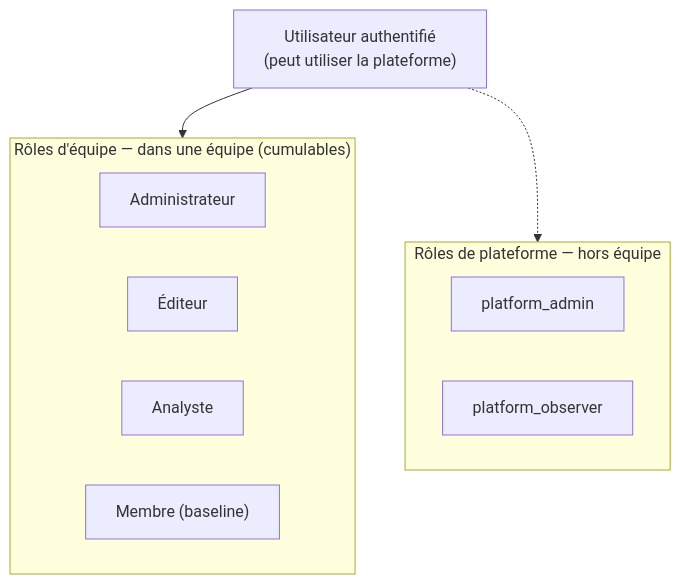
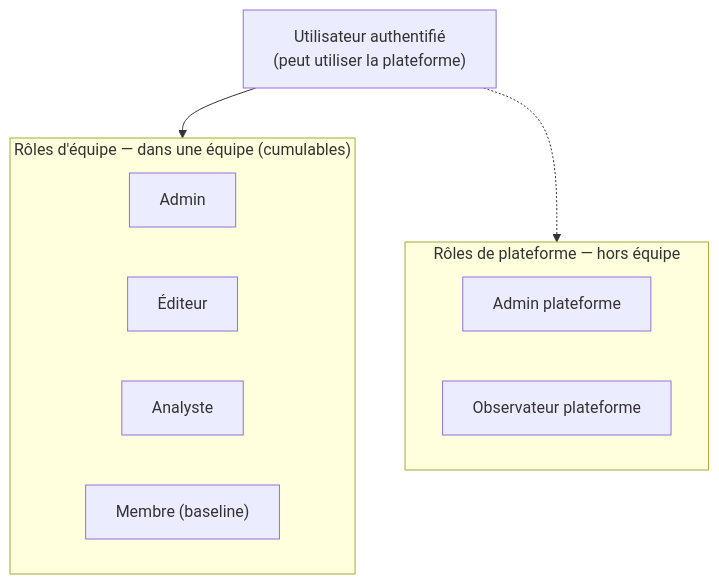
Before and after one commit to ThalesGroup/fred: the diagram in apps/frontend/src/rework/features/helpCenter/content/fr/features/roles.md, drawn with Mermaid. The commit also changed other lines of this file and 17 other files, not shown here.

````diff
--- a/apps/frontend/src/rework/features/helpCenter/content/fr/features/roles.md
+++ b/apps/frontend/src/rework/features/helpCenter/content/fr/features/roles.md
@@ -22,19 +22,19 @@
 ```mermaid
 flowchart TB
   U["Utilisateur authentifié<br/>(peut utiliser la plateforme)"]
 
   subgraph platform["Rôles de plateforme — hors équipe"]
-    PA["platform_admin"]
-    PO["platform_observer"]
+    PA["Admin plateforme"]
+    PO["Observateur plateforme"]
   end
 
   subgraph team["Rôles d'équipe — dans une équipe (cumulables)"]
-    TA["Administrateur"]
+    TA["Admin"]
     TE["Éditeur"]
     TAN["Analyste"]
     TM["Membre (baseline)"]
   end
 
   U --> team
   U -.-> platform
 ```
````
